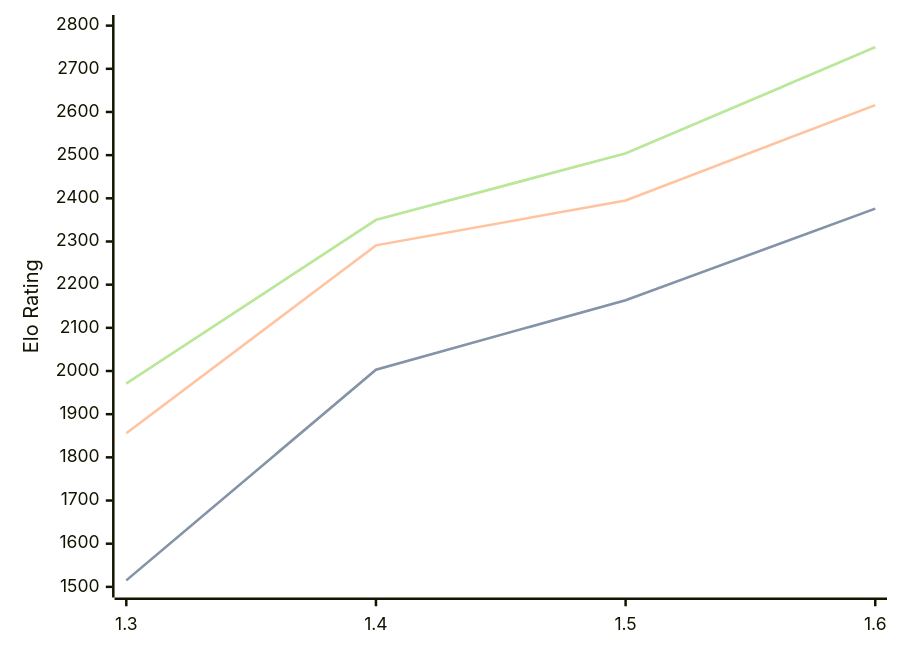
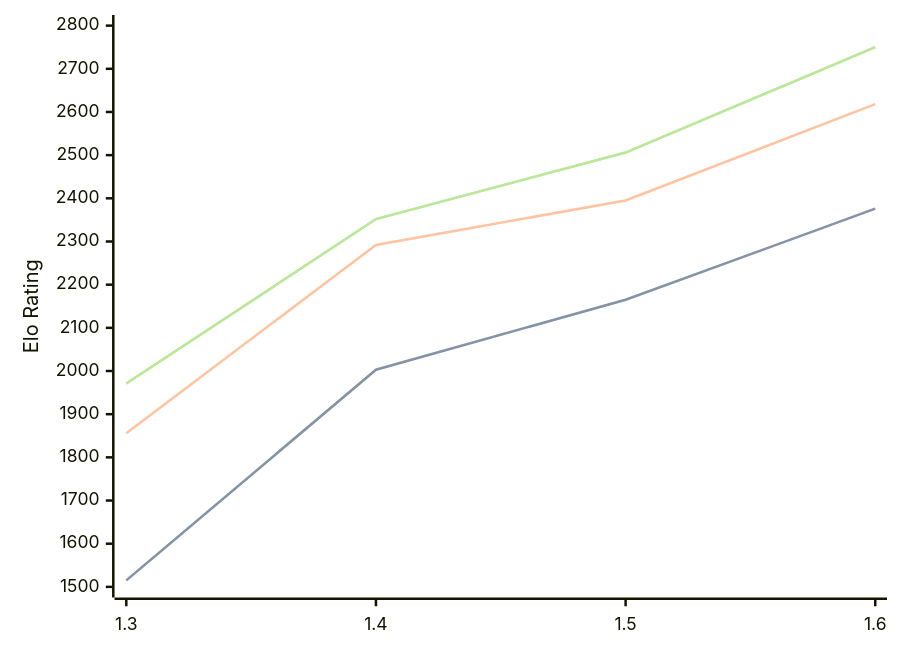
The diagram in engines/Facon.md (computer-chess-index/cci), drawn with Mermaid before and after one commit. The commit also changed other lines of this file, not shown here.

Commit message:
Update CCI Ratings (ELO VLTC) - 2026-09-06

````diff
--- a/engines/Facon.md
+++ b/engines/Facon.md
@@ -35,11 +35,11 @@
 ```mermaid
 %%{init: {"theme":"base","themeVariables":{"seriesColors:['#a3a3a3','#222221','#faa371']}}}%%
 xychart-beta
   x-axis ["1.3", "1.4", "1.5", "1.6"]
   y-axis "Elo Rating" 1500 --> 2800
-  line "" [1515, 2003, 2164, 2376]
-  line "STC (8.0+0.08s)" [1515, 2003, 2164, 2376]
-  line "LTC (60.0+0.60s)" [1856, 2291, 2395, 2616]
-  line "" [1971, 2350, 2504, 2750]
-  line "VLTC (2m24s+1.12s)" [1971, 2350, 2504, 2750]
+  line "" [1515, 2003, 2165, 2376]
+  line "STC (8.0+0.08s)" [1515, 2003, 2165, 2376]
+  line "LTC (60.0+0.60s)" [1856, 2292, 2395, 2618]
+  line "" [1971, 2352, 2506, 2750]
+  line "VLTC (2m24s+1.12s)" [1971, 2352, 2506, 2750]
 ```
````
